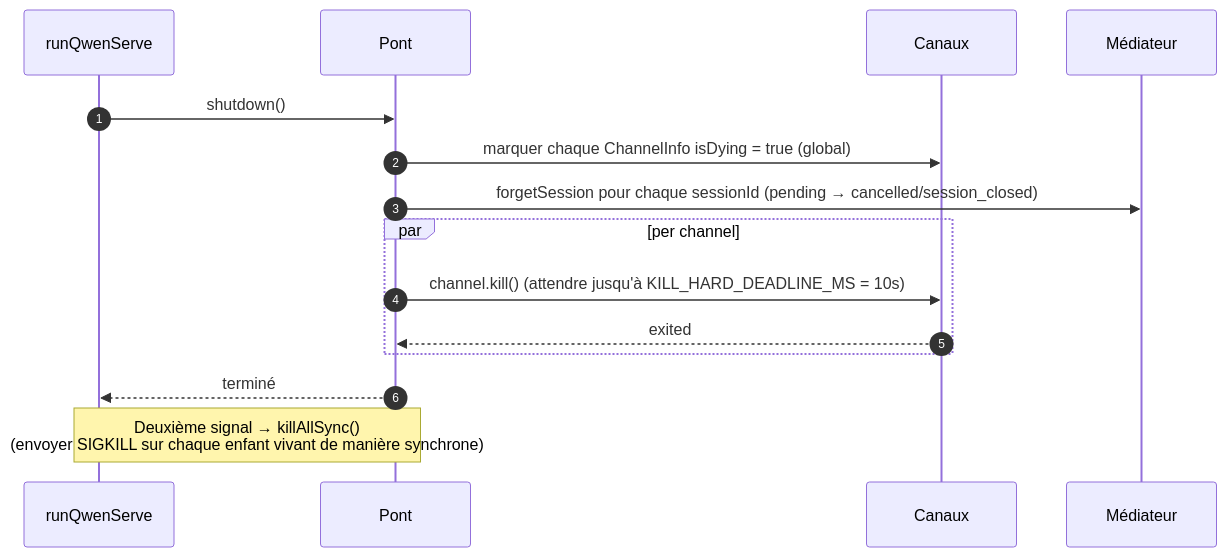
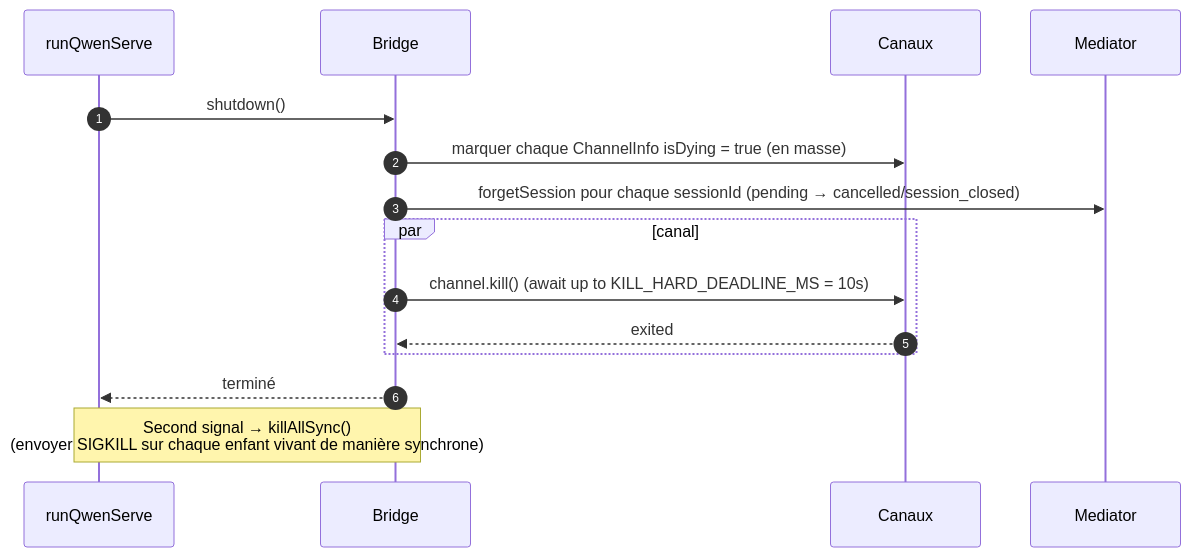
One commit to QwenLM/qwen-code-docs changed the fourth of 4 diagrams in website/content/fr/developers/daemon/03-acp-bridge.md. Above: the diagram before and after it, drawn with Mermaid. The commit also changed other lines of this file and 162 other files, not shown here.

````diff
--- a/website/content/fr/developers/daemon/03-acp-bridge.md
+++ b/website/content/fr/developers/daemon/03-acp-bridge.md
@@ -145,18 +152,18 @@
 ```mermaid
 sequenceDiagram
     autonumber
     participant Op as runQwenServe
-    participant B as Pont
+    participant B as Bridge
     participant CHs as Canaux
-    participant M as Médiateur
+    participant M as Mediator
 
     Op->>B: shutdown()
-    B->>CHs: marquer chaque ChannelInfo isDying = true (global)
+    B->>CHs: marquer chaque ChannelInfo isDying = true (en masse)
     B->>M: forgetSession pour chaque sessionId (pending → cancelled/session_closed)
-    par per channel
-        B->>CHs: channel.kill() (attendre jusqu'à KILL_HARD_DEADLINE_MS = 10s)
+    par canal
+        B->>CHs: channel.kill() (await up to KILL_HARD_DEADLINE_MS = 10s)
         CHs-->>B: exited
     end
     B-->>Op: terminé
-    Note over Op,B: Deuxième signal → killAllSync()<br/>(envoyer SIGKILL sur chaque enfant vivant de manière synchrone)
+    Note over Op,B: Second signal → killAllSync()<br/>(envoyer SIGKILL sur chaque enfant vivant de manière synchrone)
 ```
````
